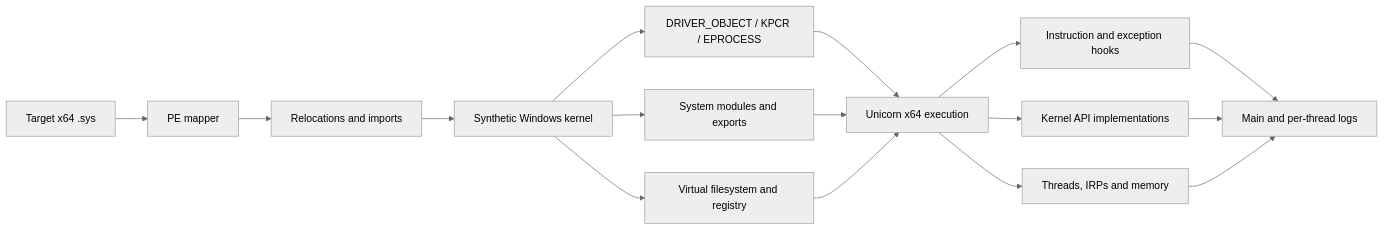
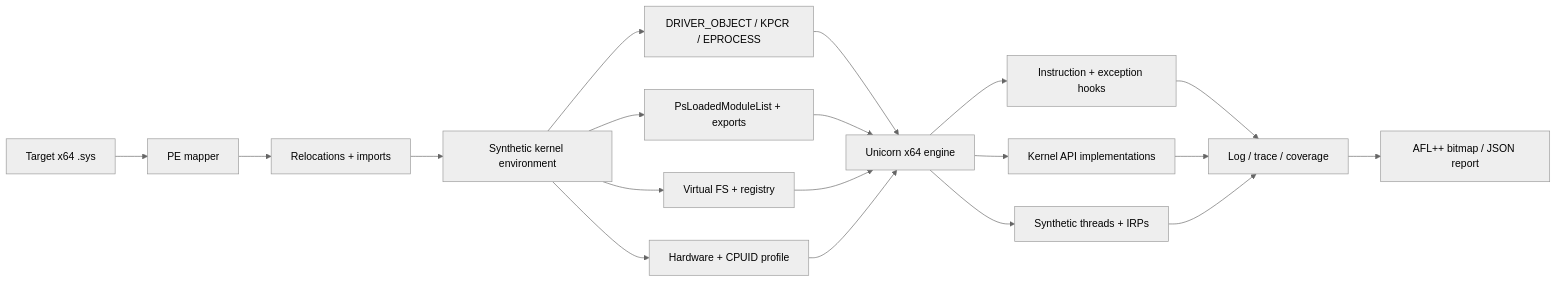
Before and after one commit to NetVar1337/Kevlar-Ultimate: the diagram in README.md, drawn with Mermaid (neutral theme). The commit also changed other lines of this file, not shown here.

````diff
--- a/README.md
+++ b/README.md
@@ -31,22 +35,26 @@
 ```mermaid
 flowchart LR
     A[Target x64 .sys] --> B[PE mapper]
-    B --> C[Relocations and imports]
-    C --> D[Synthetic Windows kernel]
+    B --> C[Relocations + imports]
+    C --> D[Synthetic kernel environment]
 
     D --> E[DRIVER_OBJECT / KPCR / EPROCESS]
-    D --> F[System modules and exports]
-    D --> G[Virtual filesystem and registry]
+    D --> F[PsLoadedModuleList + exports]
+    D --> G[Virtual FS + registry]
+    D --> H[Hardware + CPUID profile]
 
-    E --> H[Unicorn x64 execution]
-    F --> H
-    G --> H
+    E --> I[Unicorn x64 engine]
+    F --> I
+    G --> I
+    H --> I
 
-    H --> I[Instruction and exception hooks]
-    H --> J[Kernel API implementations]
-    H --> K[Threads, IRPs and memory]
+    I --> J[Instruction + exception hooks]
+    I --> K[Kernel API implementations]
+    I --> L[Synthetic threads + IRPs]
 
-    I --> L[Main and per-thread logs]
-    J --> L
-    K --> L
+    J --> M[Log / trace / coverage]
+    K --> M
+    L --> M
+
+    M --> N[AFL++ bitmap / JSON report]
 ```
````
